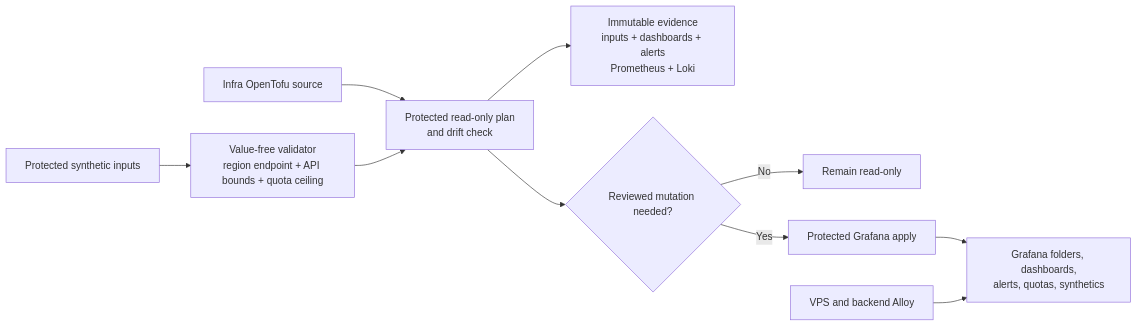
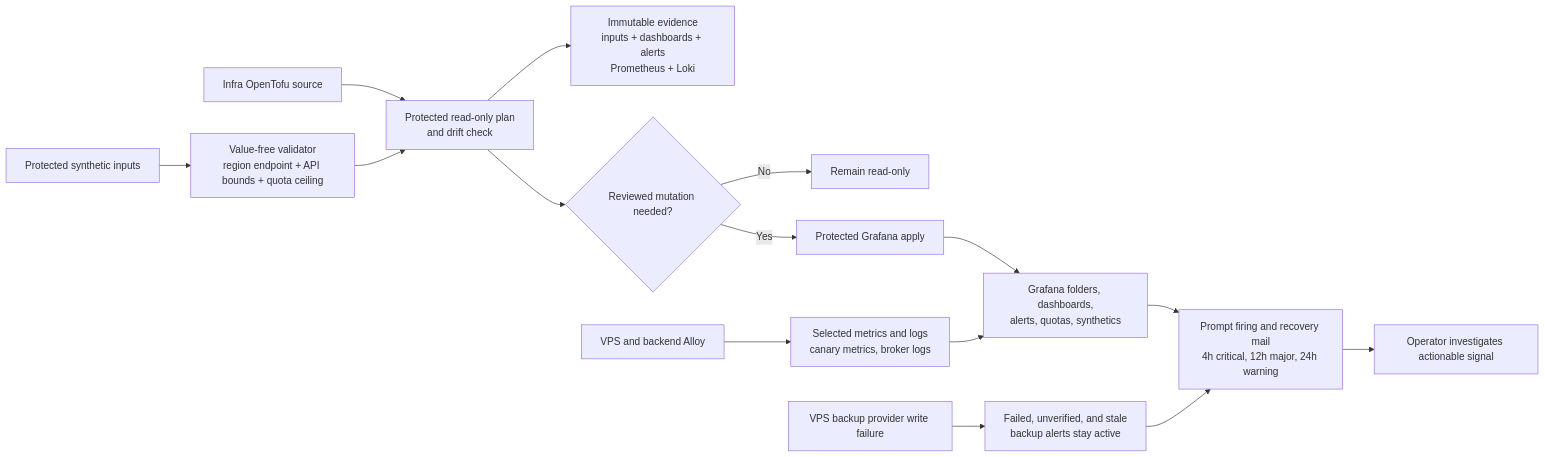
Before and after one commit to ramideltoro/nutsnews-docs: the diagram in diagrams/NUTSNEWS_GRAFANA_CLOUD_OBSERVABILITY.mmd, drawn with Mermaid. The commit also changed 3 other files, not shown here.

Commit message:
docs: record alert noise policy and backup incident

```diff
--- a/diagrams/NUTSNEWS_GRAFANA_CLOUD_OBSERVABILITY.mmd
+++ b/diagrams/NUTSNEWS_GRAFANA_CLOUD_OBSERVABILITY.mmd
@@ -1,12 +1,17 @@
 flowchart LR
   accTitle: NutsNews Grafana Cloud observability controls
-  accDescr: Protected inputs pass through value-free validation and a read-only plan before reviewed Grafana changes can be applied.
+  accDescr: Protected source changes feed Grafana and host telemetry controls; bounded notification repeats and selected logs preserve useful alerts while real backup failures remain visible.
   inputs["Protected synthetic inputs"] --> validator["Value-free validator\nregion endpoint + API bounds + quota ceiling"]
   source["Infra OpenTofu source"] --> plan["Protected read-only plan\nand drift check"]
   validator --> plan
   plan --> evidence["Immutable evidence\ninputs + dashboards + alerts\nPrometheus + Loki"]
   plan --> review{"Reviewed mutation needed?"}
   review -->|"No"| stop["Remain read-only"]
   review -->|"Yes"| apply["Protected Grafana apply"]
   apply --> grafana["Grafana folders, dashboards,\nalerts, quotas, synthetics"]
-  producers["VPS and backend Alloy"] --> grafana
+  grafana --> notify["Prompt firing and recovery mail\n4h critical, 12h major, 24h warning"]
+  notify --> operator["Operator investigates actionable signal"]
+  producers["VPS and backend Alloy"] --> selected["Selected metrics and logs\ncanary metrics, broker logs"]
+  selected --> grafana
+  backup["VPS backup provider write failure"] --> realAlert["Failed, unverified, and stale\nbackup alerts stay active"]
+  realAlert --> notify
```
